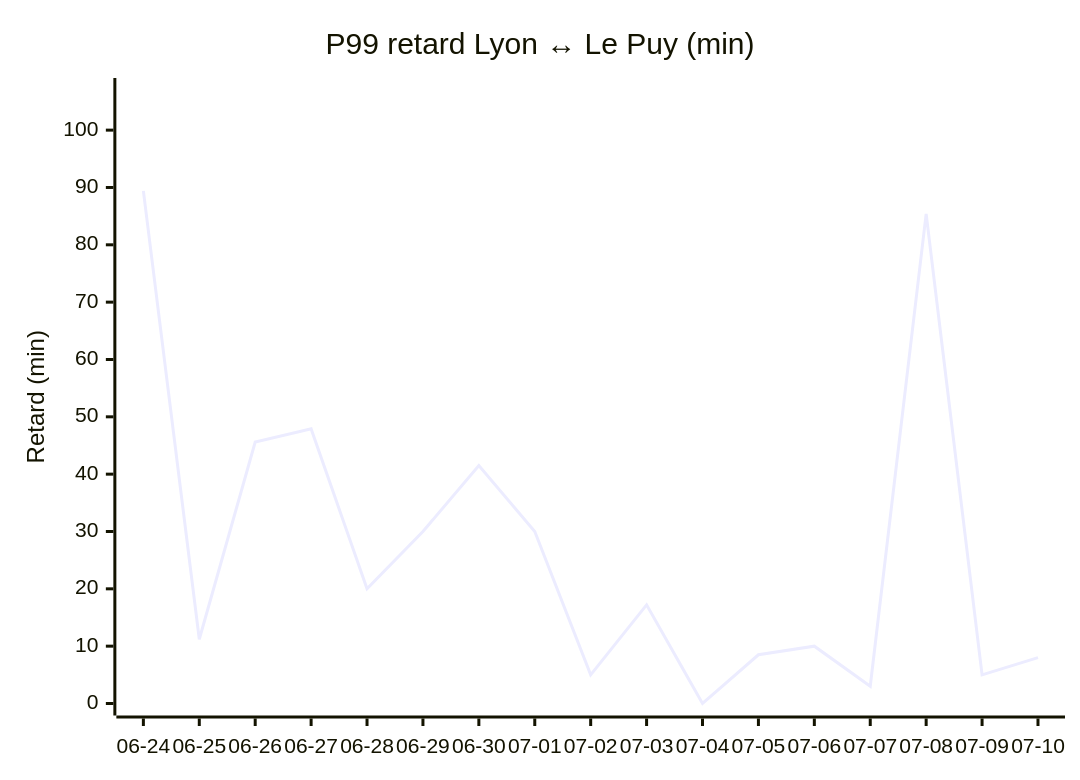
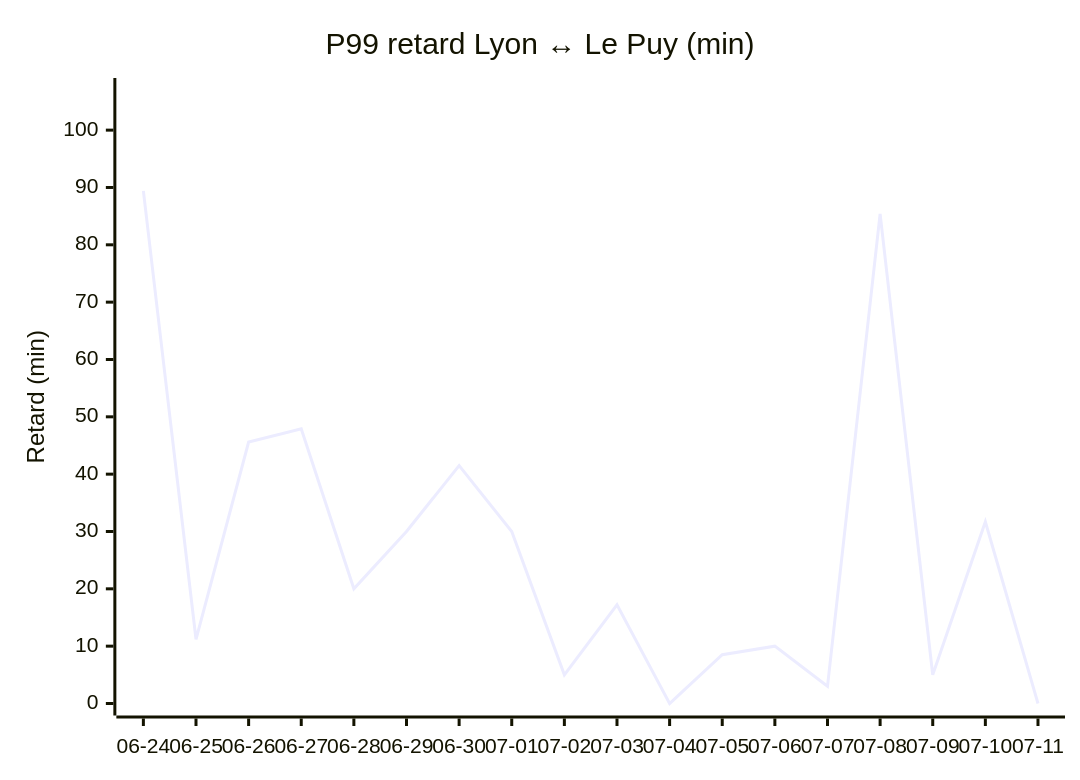
One commit to antoinerep/horaire-ter changed the fourth of 4 diagrams in STATS.md. Above: the diagram before and after it, drawn with Mermaid. The commit also changed other lines of this file and 1 other file, not shown here.

````diff
--- a/STATS.md
+++ b/STATS.md
@@ -99,7 +100,7 @@
 ```mermaid
 xychart-beta
     title "P99 retard Lyon ↔ Le Puy (min)"
-    x-axis ["06-24", "06-25", "06-26", "06-27", "06-28", "06-29", "06-30", "07-01", "07-02", "07-03", "07-04", "07-05", "07-06", "07-07", "07-08", "07-09", "07-10"]
+    x-axis ["06-24", "06-25", "06-26", "06-27", "06-28", "06-29", "06-30", "07-01", "07-02", "07-03", "07-04", "07-05", "07-06", "07-07", "07-08", "07-09", "07-10", "07-11"]
     y-axis "Retard (min)" 0 --> 107
-    line [89.4, 11.2, 45.6, 47.9, 20.0, 30.0, 41.5, 30.0, 5.0, 17.2, 0.0, 8.5, 10.0, 3.0, 85.4, 5.0, 8.0]
+    line [89.4, 11.2, 45.6, 47.9, 20.0, 30.0, 41.5, 30.0, 5.0, 17.2, 0.0, 8.5, 10.0, 3.0, 85.4, 5.0, 31.7, 0.0]
 ```
````
